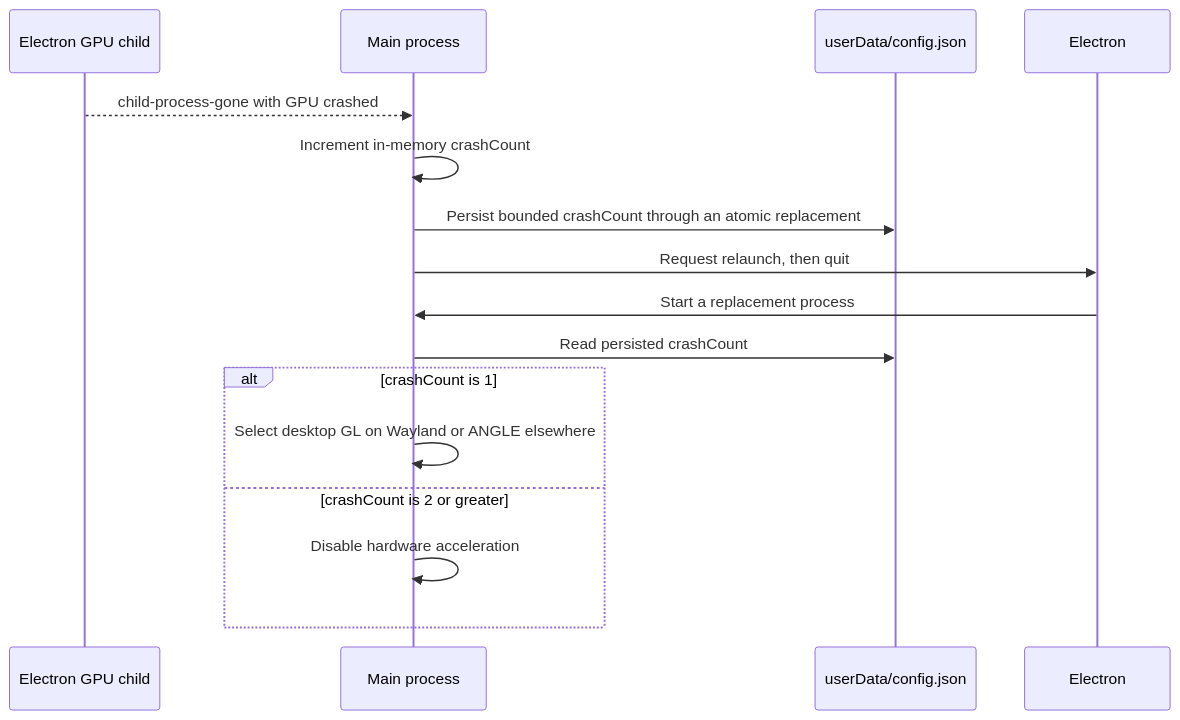
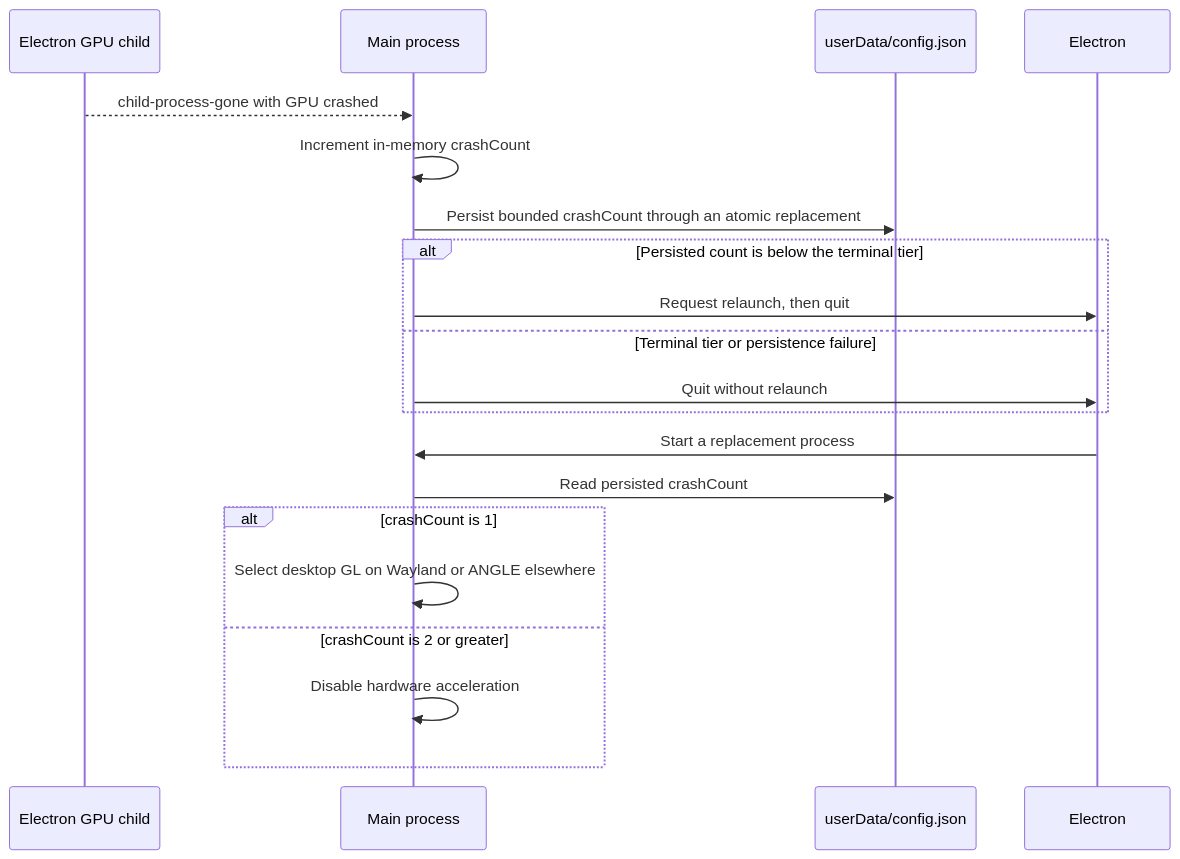
Before and after one commit to hmlendea/gfn-electron: the sixth of 8 diagrams in ARCHITECTURE.md, drawn with Mermaid. The commit also changed other lines of this file and 1 other file, not shown here.

````diff
--- a/ARCHITECTURE.md
+++ b/ARCHITECTURE.md
@@ -234,19 +234,23 @@
 ```mermaid
 sequenceDiagram
   participant GPU as Electron GPU child
   participant Main as Main process
   participant Config as userData/config.json
   participant Electron
 
   GPU-->>Main: child-process-gone with GPU crashed
   Main->>Main: Increment in-memory crashCount
   Main->>Config: Persist bounded crashCount through an atomic replacement
-  Main->>Electron: Request relaunch, then quit
+  alt Persisted count is below the terminal tier
+    Main->>Electron: Request relaunch, then quit
+  else Terminal tier or persistence failure
+    Main->>Electron: Quit without relaunch
+  end
   Electron->>Main: Start a replacement process
   Main->>Config: Read persisted crashCount
   alt crashCount is 1
     Main->>Main: Select desktop GL on Wayland or ANGLE elsewhere
   else crashCount is 2 or greater
     Main->>Main: Disable hardware acceleration
   end
 ```
````
